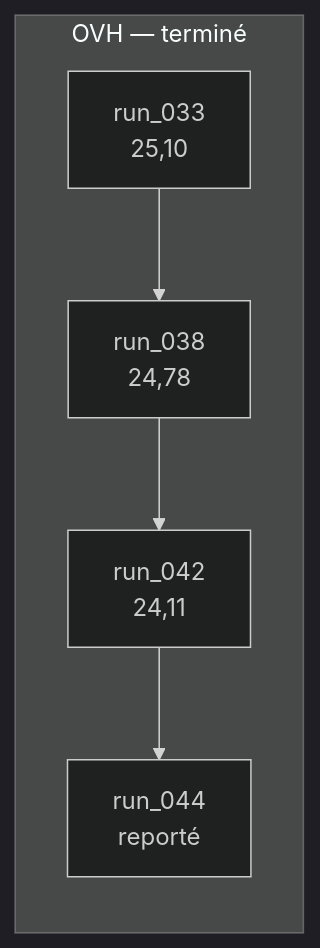
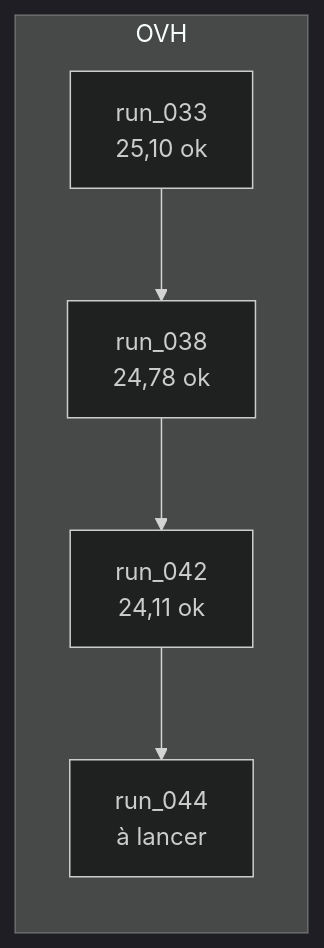
One commit to crispyfunicular/Pantagruel_S3T changed the first of 2 diagrams in documentation/recommandations.md. Above: the diagram before and after it, drawn with Mermaid (dark theme). The commit also changed other lines of this file and 7 other files, not shown here.

First line of the commit message:
Met à jour la doc avec les résultats run_048–051 et la file Modyco/OVH.

````diff
--- a/documentation/recommandations.md
+++ b/documentation/recommandations.md
@@ -64,10 +77,10 @@
 ```mermaid
 flowchart LR
-  subgraph ovh [OVH — terminé]
-    r033["run_033\n25,10"]
-    r038["run_038\n24,78"]
-    r042["run_042\n24,11"]
-    r044["run_044\nreporté"]
+  subgraph ovh [OVH]
+    r033["run_033\n25,10 ok"]
+    r038["run_038\n24,78 ok"]
+    r042["run_042\n24,11 ok"]
+    r044["run_044\nà lancer"]
     r033 --> r038 --> r042 --> r044
   end
 ```
````
